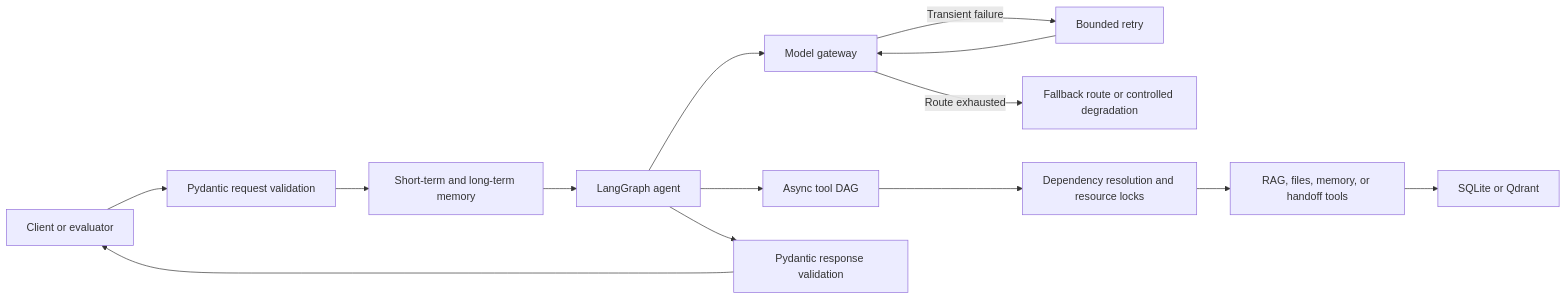
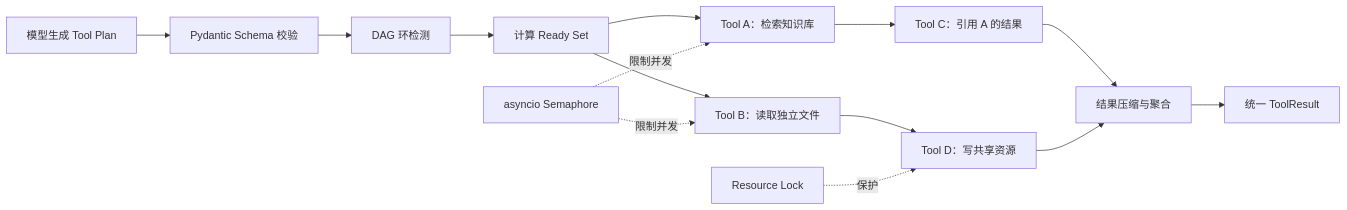
One commit to Cchena1/agentforge changed the third of 4 diagrams in README.md. Above: the diagram before and after it, drawn with Mermaid. The commit also changed other lines of this file, not shown here.

Commit message:
docs: rewrite README in Chinese with Mermaid diagrams

````diff
--- a/README.md
+++ b/README.md
@@ -46,16 +168,16 @@
 ```mermaid
 flowchart LR
-    U["Client or evaluator"] --> V["Pydantic request validation"]
-    V --> M["Short-term and long-term memory"]
-    M --> G["LangGraph agent"]
-    G --> L["Model gateway"]
-    L -->|"Transient failure"| RT["Bounded retry"]
-    RT --> L
-    L -->|"Route exhausted"| FB["Fallback route or controlled degradation"]
-    G --> T["Async tool DAG"]
-    T --> LK["Dependency resolution and resource locks"]
-    LK --> R["RAG, files, memory, or handoff tools"]
-    R --> Q["SQLite or Qdrant"]
-    G --> O["Pydantic response validation"]
-    O --> U
+    Plan["模型生成 Tool Plan"] --> Schema["Pydantic Schema 校验"]
+    Schema --> Cycle["DAG 环检测"]
+    Cycle --> Ready["计算 Ready Set"]
+    Ready --> A["Tool A：检索知识库"]
+    Ready --> B["Tool B：读取独立文件"]
+    A --> C["Tool C：引用 A 的结果"]
+    B --> D["Tool D：写共享资源"]
+    C --> Merge["结果压缩与聚合"]
+    D --> Merge
+    Lock["Resource Lock"] -.->|保护| D
+    Sem["asyncio Semaphore"] -.->|限制并发| A
+    Sem -.->|限制并发| B
+    Merge --> Contract["统一 ToolResult"]
 ```
````
